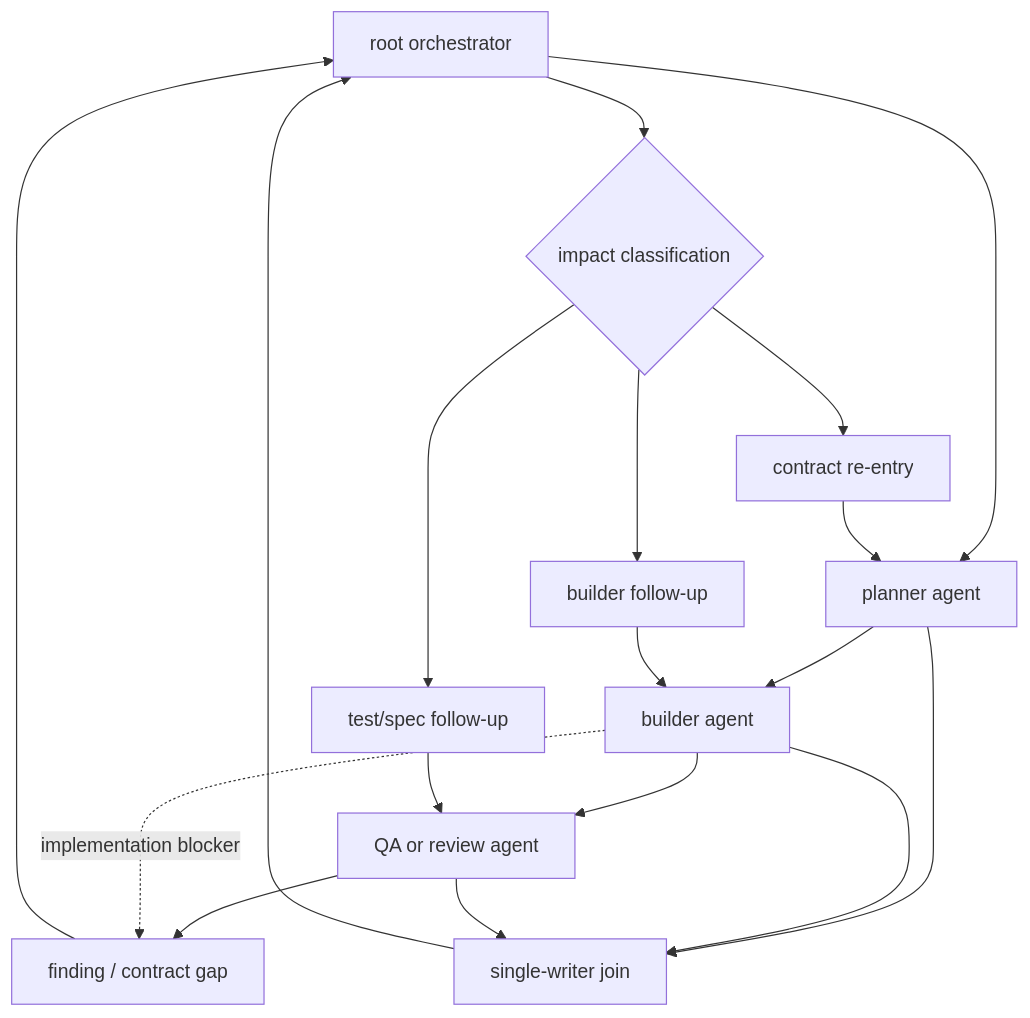
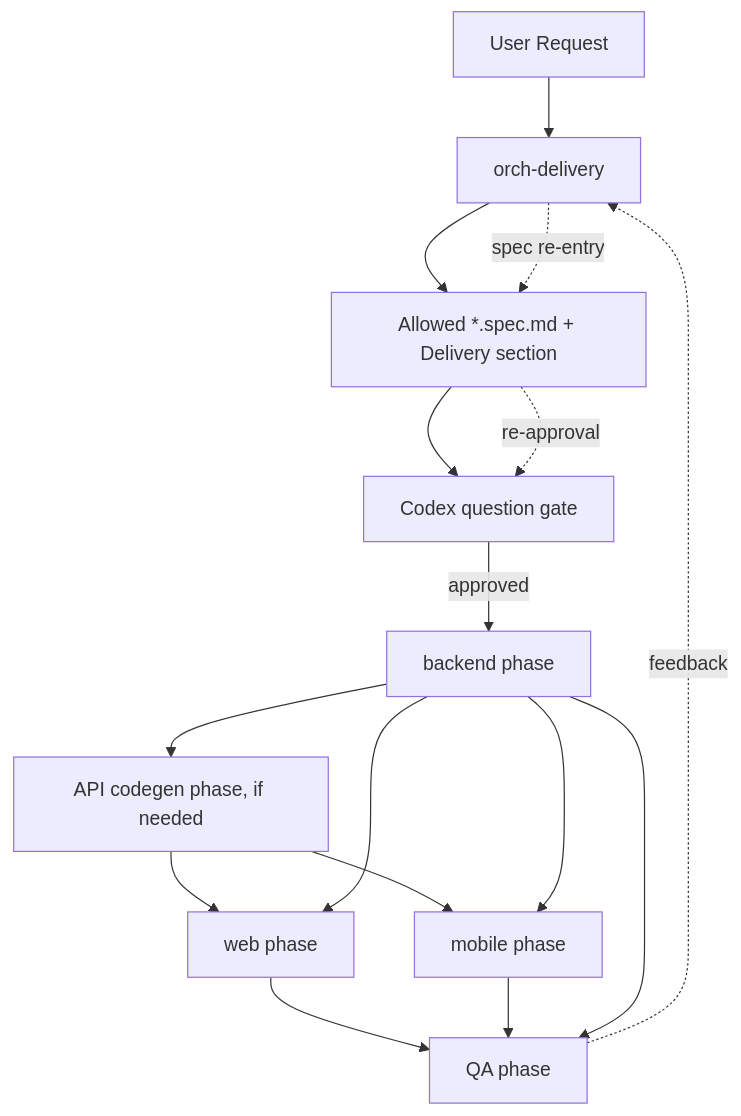
Before and after one commit to kimjoongwon/prj-core: the first of 5 diagrams in docs/orchestration-agent-relationship-flow.md, drawn with Mermaid. The commit also changed other lines of this file and 687 other files, not shown here.

````diff
--- a/docs/orchestration-agent-relationship-flow.md
+++ b/docs/orchestration-agent-relationship-flow.md
@@ -98,31 +8,19 @@
 ```mermaid
 flowchart TD
-  O["root orchestrator"]
-  P["planner agent"]
-  B["builder agent"]
-  Q["QA or review agent"]
-  F["finding / contract gap"]
-  D{"impact classification"}
-  CP["contract re-entry"]
-  BP["builder follow-up"]
-  TP["test/spec follow-up"]
-  J["single-writer join"]
+  Request["User Request"] --> Delivery["orch-delivery"]
+  Delivery --> Spec["Allowed *.spec.md + Delivery section"]
+  Spec --> Ask["Codex question gate"]
+  Ask -->|approved| Backend["backend phase"]
+  Backend --> Codegen["API codegen phase, if needed"]
+  Codegen --> Web["web phase"]
+  Codegen --> Mobile["mobile phase"]
+  Backend --> Web
+  Backend --> Mobile
+  Web --> QA["QA phase"]
+  Mobile --> QA
+  Backend --> QA
 
-  O --> P
-  P --> B
-  B --> Q
-  Q --> F
-  B -. implementation blocker .-> F
-  F --> O
-  O --> D
-  D --> CP
-  D --> BP
-  D --> TP
-  CP --> P
-  BP --> B
-  TP --> Q
-  P --> J
-  B --> J
-  Q --> J
-  J --> O
+  QA -. feedback .-> Delivery
+  Delivery -. spec re-entry .-> Spec
+  Spec -. re-approval .-> Ask
 ```
````
